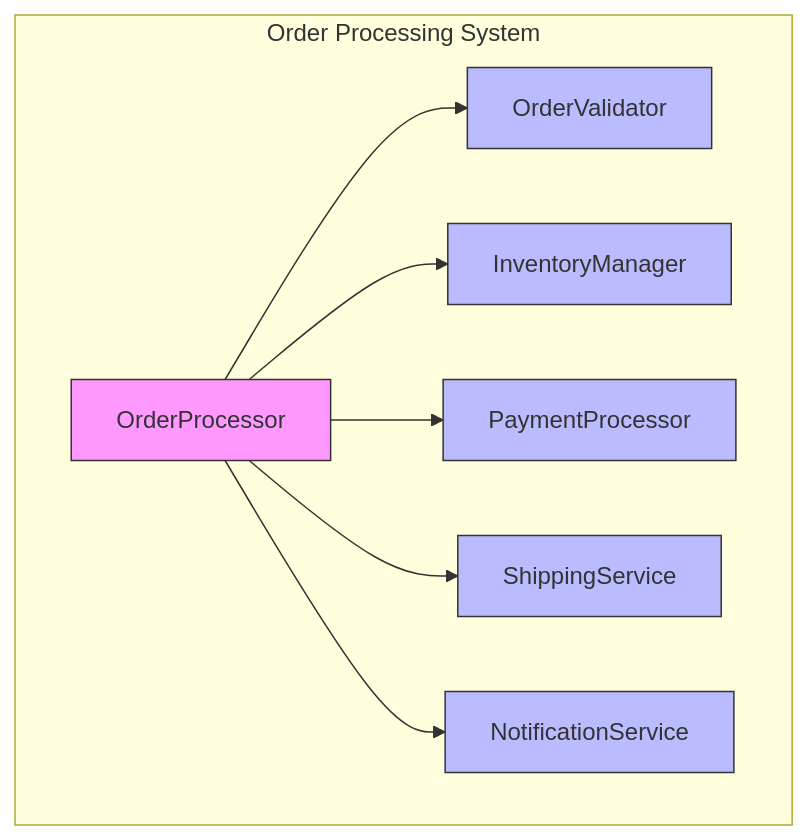
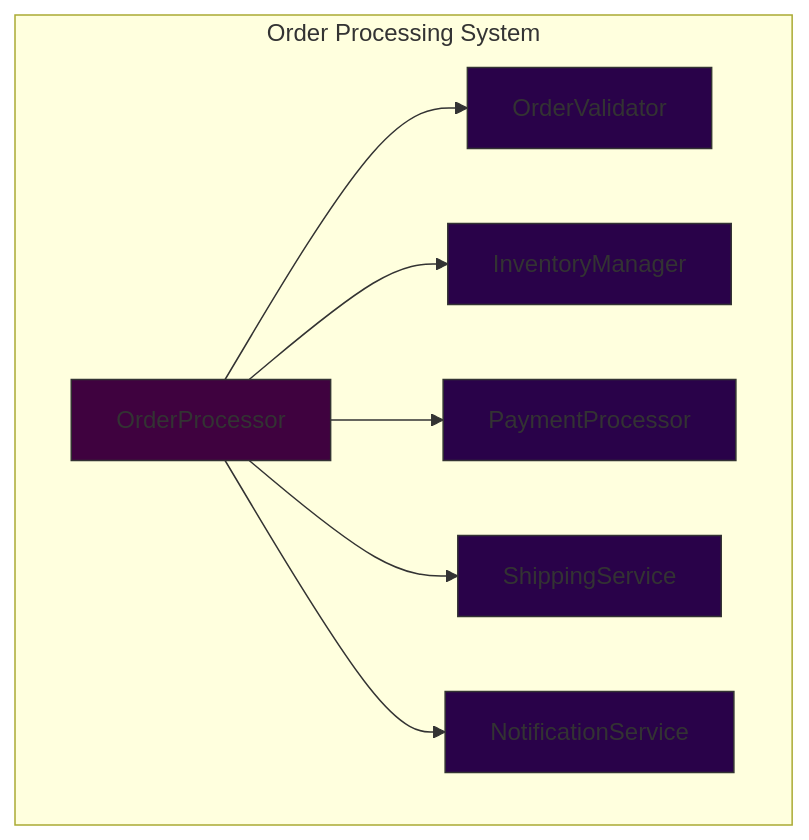
The third of 3 diagrams in SRP/README.md (hezronkimutai/solid_principles), drawn with Mermaid before and after one commit. The commit also changed other lines of this file and 5 other files, not shown here.

````diff
--- a/SRP/README.md
+++ b/SRP/README.md
@@ -195,16 +195,16 @@
 ```mermaid
 graph TD
     subgraph "Order Processing System"
     A[OrderProcessor] --> B[OrderValidator]
     A --> C[InventoryManager]
     A --> D[PaymentProcessor]
     A --> E[ShippingService]
     A --> F[NotificationService]
-    style A fill:#f9f,stroke:#333
-    style B fill:#bbf,stroke:#333
-    style C fill:#bbf,stroke:#333
-    style D fill:#bbf,stroke:#333
-    style E fill:#bbf,stroke:#333
-    style F fill:#bbf,stroke:#333
+    style A fill:#3f023f,stroke:#333
+    style B fill:#290249,stroke:#333
+    style C fill:#290249,stroke:#333
+    style D fill:#290249,stroke:#333
+    style E fill:#290249,stroke:#333
+    style F fill:#290249,stroke:#333
     end
 ```
````
